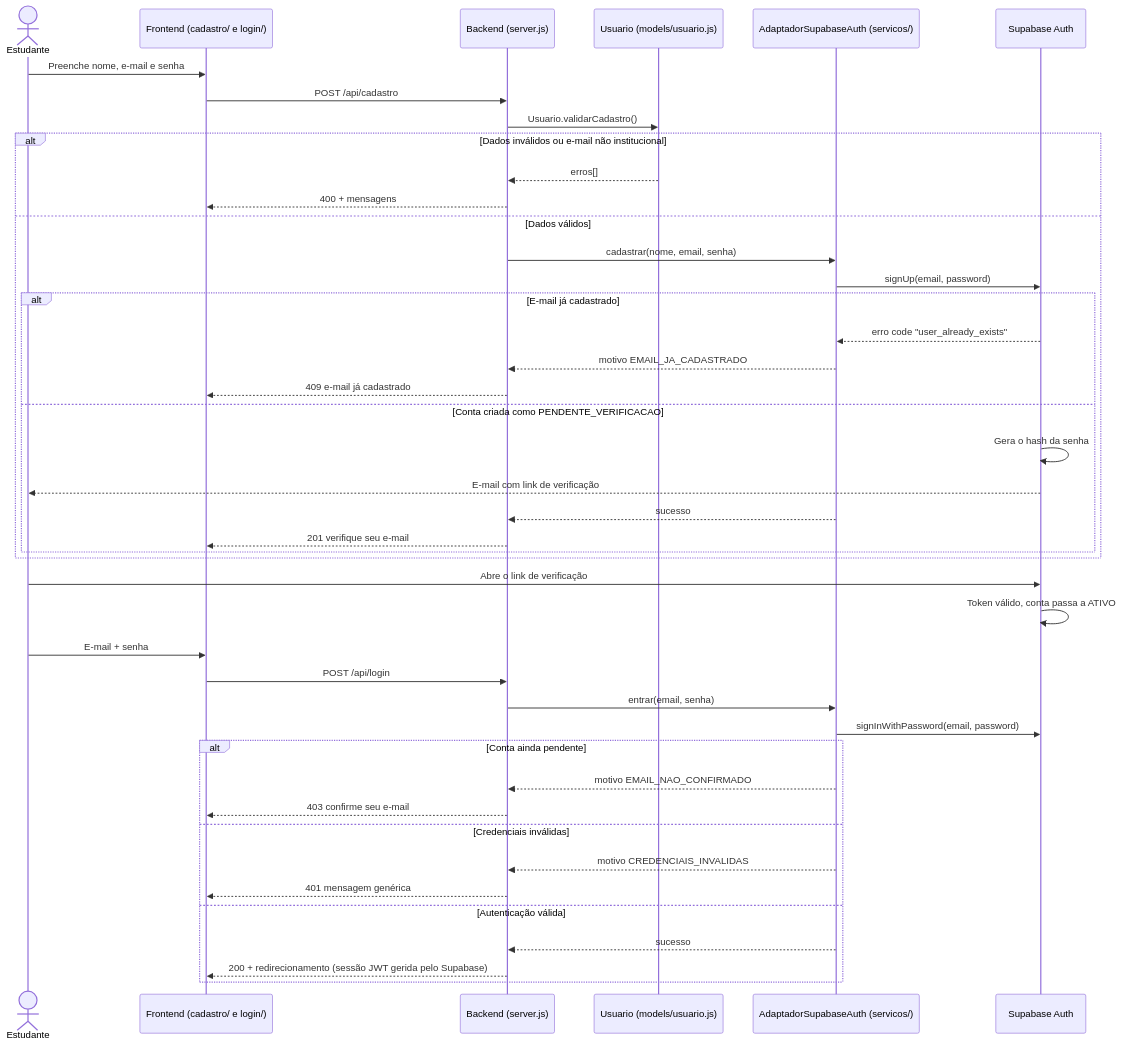
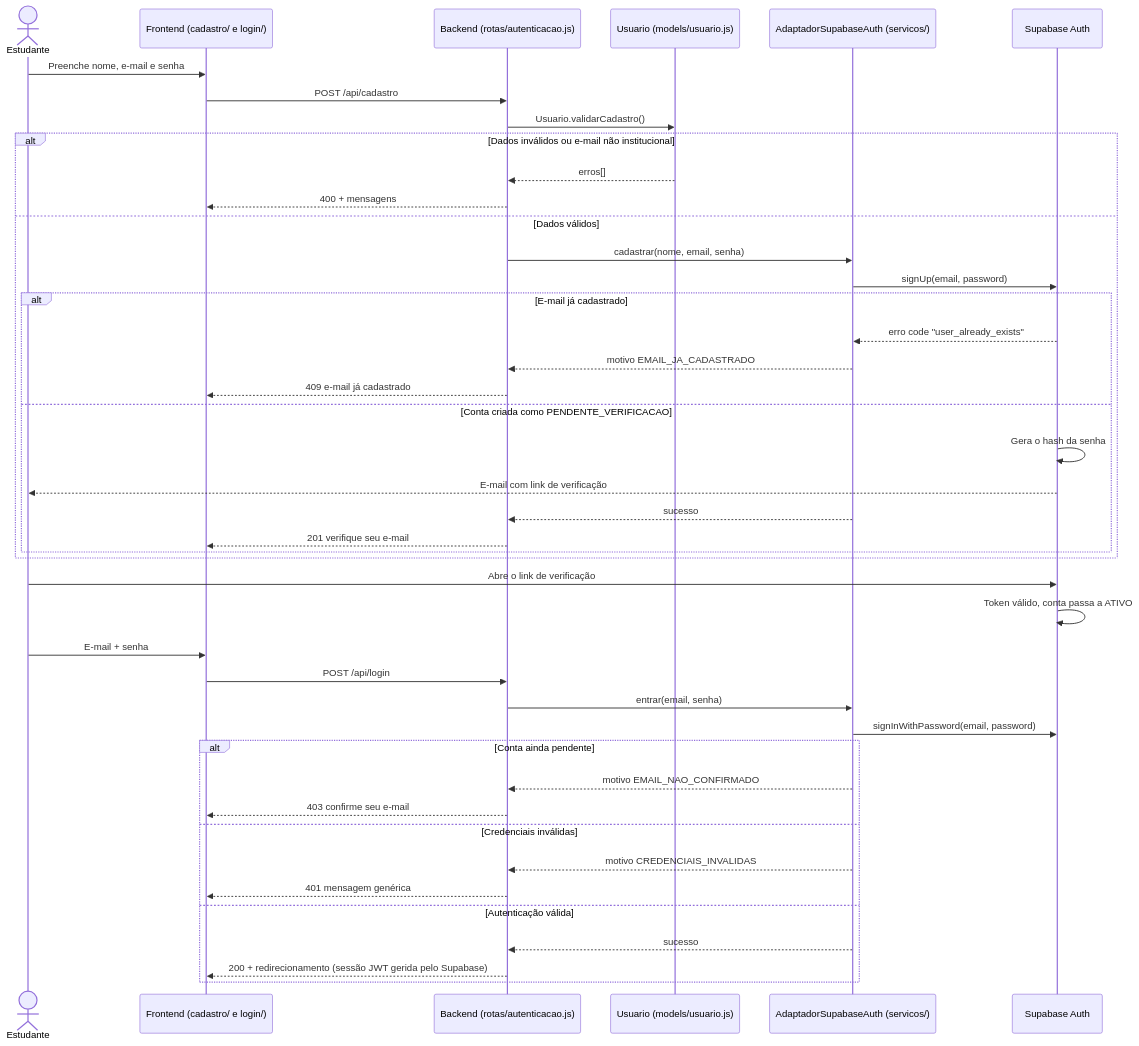
The diagram in docs/modelagem/imagens/03-sequencia-cadastro-login.mmd (pstehling/tp-eng-software), drawn with Mermaid before and after one commit. The commit also changed 21 other files, not shown here.

```diff
--- a/docs/modelagem/imagens/03-sequencia-cadastro-login.mmd
+++ b/docs/modelagem/imagens/03-sequencia-cadastro-login.mmd
@@ -1,48 +1,48 @@
 sequenceDiagram
     actor E as Estudante
     participant UI as Frontend (cadastro/ e login/)
-    participant API as Backend (server.js)
+    participant API as Backend (rotas/autenticacao.js)
     participant M as Usuario (models/usuario.js)
     participant AD as AdaptadorSupabaseAuth (servicos/)
     participant AUTH as Supabase Auth
 
     E->>UI: Preenche nome, e-mail e senha
     UI->>API: POST /api/cadastro
     API->>M: Usuario.validarCadastro()
 
     alt Dados inválidos ou e-mail não institucional
         M-->>API: erros[]
         API-->>UI: 400 + mensagens
     else Dados válidos
         API->>AD: cadastrar(nome, email, senha)
         AD->>AUTH: signUp(email, password)
         alt E-mail já cadastrado
             AUTH-->>AD: erro code "user_already_exists"
             AD-->>API: motivo EMAIL_JA_CADASTRADO
             API-->>UI: 409 e-mail já cadastrado
         else Conta criada como PENDENTE_VERIFICACAO
             AUTH->>AUTH: Gera o hash da senha
             AUTH-->>E: E-mail com link de verificação
             AD-->>API: sucesso
             API-->>UI: 201 verifique seu e-mail
         end
     end
 
     E->>AUTH: Abre o link de verificação
     AUTH->>AUTH: Token válido, conta passa a ATIVO
 
     E->>UI: E-mail + senha
     UI->>API: POST /api/login
     API->>AD: entrar(email, senha)
     AD->>AUTH: signInWithPassword(email, password)
 
     alt Conta ainda pendente
         AD-->>API: motivo EMAIL_NAO_CONFIRMADO
         API-->>UI: 403 confirme seu e-mail
     else Credenciais inválidas
         AD-->>API: motivo CREDENCIAIS_INVALIDAS
         API-->>UI: 401 mensagem genérica
     else Autenticação válida
         AD-->>API: sucesso
         API-->>UI: 200 + redirecionamento (sessão JWT gerida pelo Supabase)
     end
```
